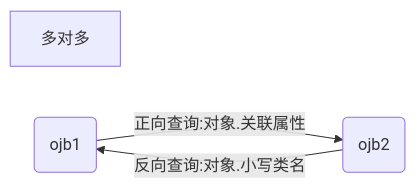
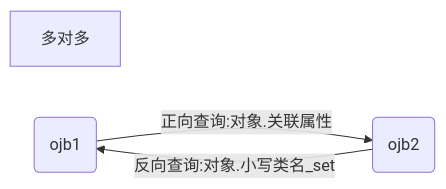
The third of 3 diagrams in pocket/django.md (wrom-debug/note), drawn with Mermaid before and after one commit. The commit also changed other lines of this file, not shown here.

```diff
--- a/pocket/django.md
+++ b/pocket/django.md
@@ -967,6 +974,6 @@
 ~~~mermaid
 graph LR
 f[多对多]
     A(ojb1) -->|正向查询:对象.关联属性|B(ojb2)
-    B -->|反向查询:对象.小写类名| A
+    B -->|反向查询:对象.小写类名_set| A
 ~~~
```
